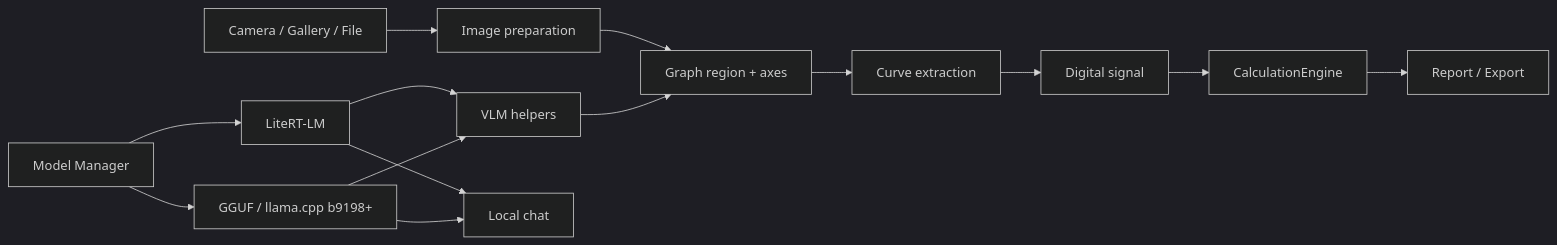
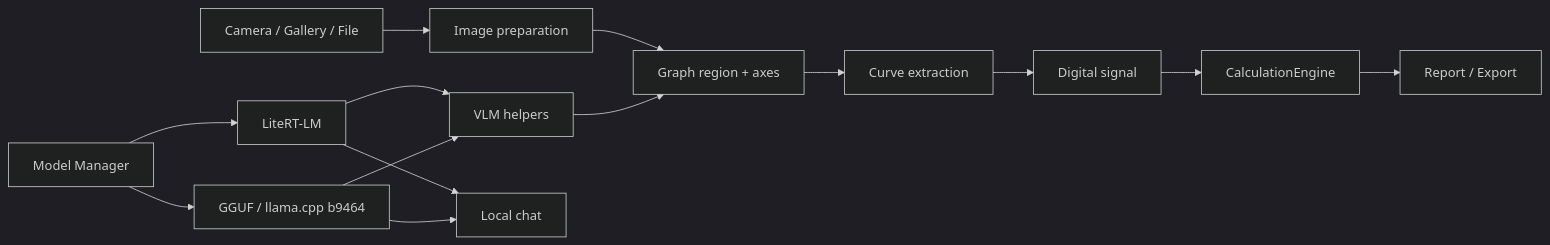
Before and after one commit to RandoTeam/ChromaLab: the diagram in README.md, drawn with Mermaid (dark theme). The commit also changed other lines of this file and 5 other files, not shown here.

````diff
--- a/README.md
+++ b/README.md
@@ -75,17 +75,17 @@
 ```mermaid
 flowchart LR
     A["Camera / Gallery / File"] --> B["Image preparation"]
     B --> C["Graph region + axes"]
     C --> D["Curve extraction"]
     D --> E["Digital signal"]
     E --> F["CalculationEngine"]
     F --> G["Report / Export"]
 
     M["Model Manager"] --> L["LiteRT-LM"]
-    M --> Q["GGUF / llama.cpp b9198+"]
+    M --> Q["GGUF / llama.cpp b9464"]
     L --> V["VLM helpers"]
     Q --> V
     L --> H["Local chat"]
     Q --> H
     V --> C
 ```
````
